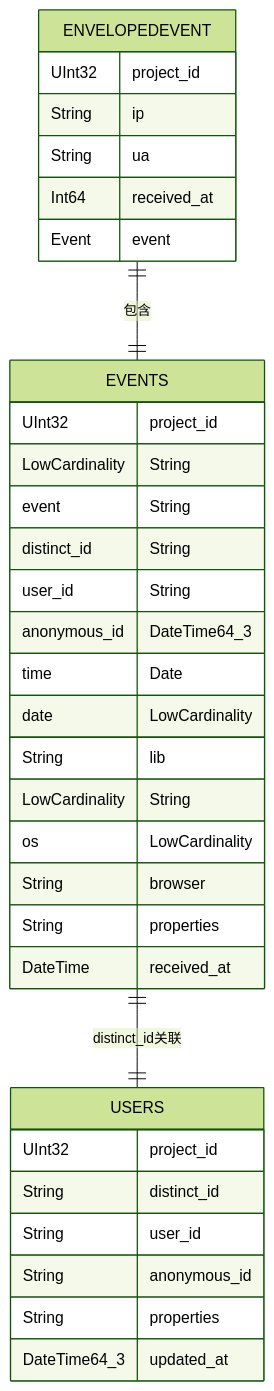
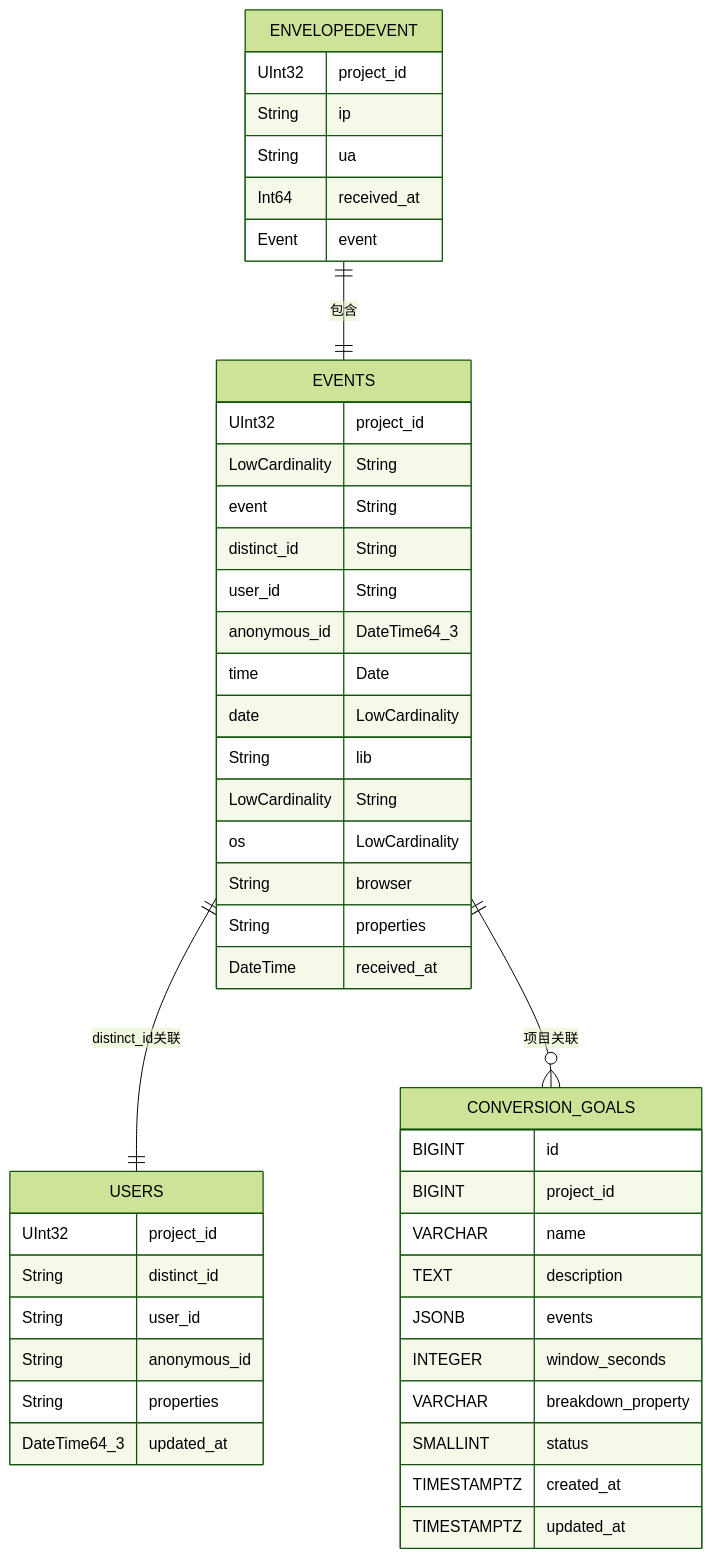
One commit to zhen-zhong/AeroLog changed the seventh of 8 diagrams in .qoder/repowiki/zh/content/Web控制台/转化分析功能.md. Above: the diagram before and after it, drawn with Mermaid (forest theme). The commit also changed other lines of this file and 97 other files, not shown here.

````diff
--- a/.qoder/repowiki/zh/content/Web控制台/转化分析功能.md
+++ b/.qoder/repowiki/zh/content/Web控制台/转化分析功能.md
@@ -306,34 +411,47 @@
 ```mermaid
 erDiagram
 EVENTS {
 UInt32 project_id
 LowCardinality String event
 String distinct_id
 String user_id
 String anonymous_id
 DateTime64_3 time
 Date date
 LowCardinality String lib
 LowCardinality String os
 LowCardinality String browser
 String properties
 DateTime received_at
 }
 USERS {
 UInt32 project_id
 String distinct_id
 String user_id
 String anonymous_id
 String properties
 DateTime64_3 updated_at
 }
+CONVERSION_GOALS {
+BIGINT id
+BIGINT project_id
+VARCHAR name
+TEXT description
+JSONB events
+INTEGER window_seconds
+VARCHAR breakdown_property
+SMALLINT status
+TIMESTAMPTZ created_at
+TIMESTAMPTZ updated_at
+}
 ENVELOPEDEVENT {
 UInt32 project_id
 String ip
 String ua
 Int64 received_at
 Event event
 }
 EVENTS ||--|| USERS : "distinct_id关联"
+EVENTS ||--o{ CONVERSION_GOALS : "项目关联"
 ENVELOPEDEVENT ||--|| EVENTS : "包含"
 ```
````
